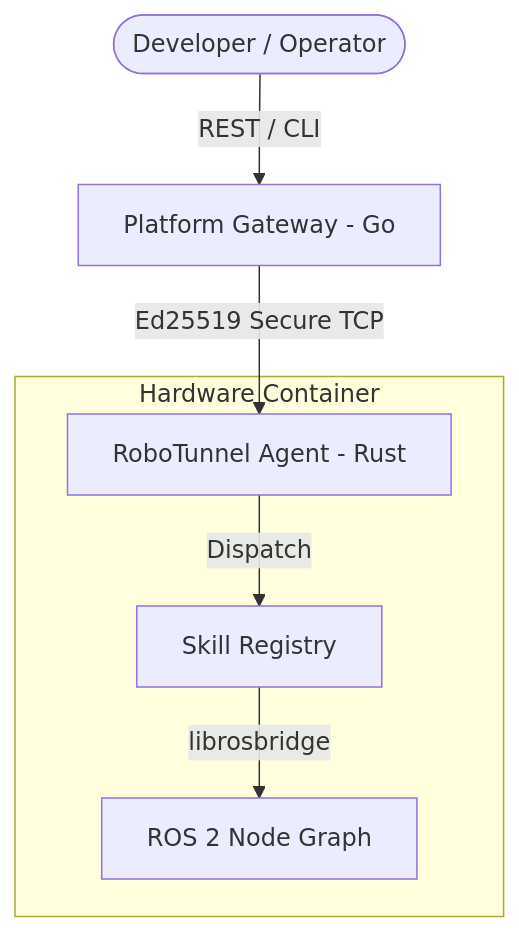
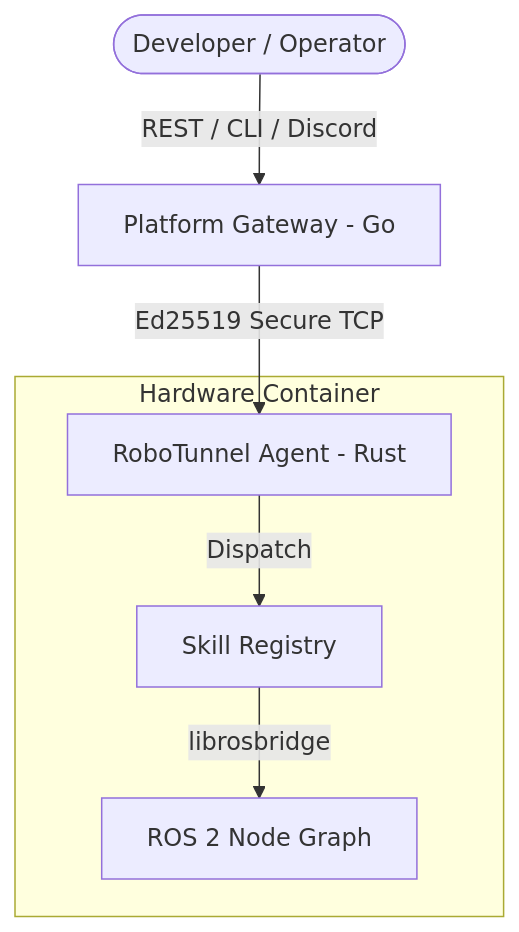
The diagram in README.md (get-robotunnel/robotunnel-agent), drawn with Mermaid before and after one commit. The commit also changed other lines of this file, not shown here.

````diff
--- a/README.md
+++ b/README.md
@@ -20,18 +12,18 @@
 ```mermaid
 graph TD
     User([Developer / Operator])
     Platform[Platform Gateway - Go]
     Agent[RoboTunnel Agent - Rust]
     Skills[Skill Registry]
     
-    User -- "REST / CLI" --> Platform
+    User -- "REST / CLI / Discord" --> Platform
     Platform -- "Ed25519 Secure TCP" --> Agent
     Agent -- "Dispatch" --> Skills
     
     subgraph "Hardware Container"
     Agent
     Skills
     ROS2[ROS 2 Node Graph]
     Skills -- "librosbridge" --> ROS2
     end
 ```
````
